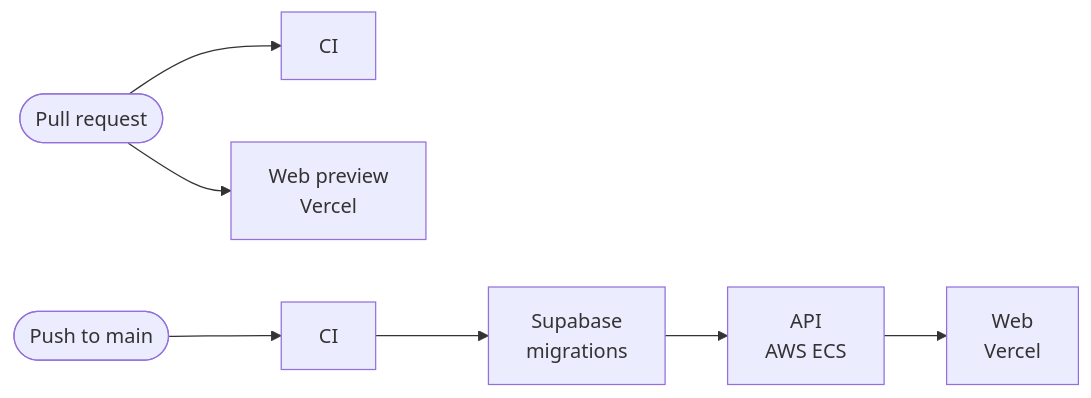
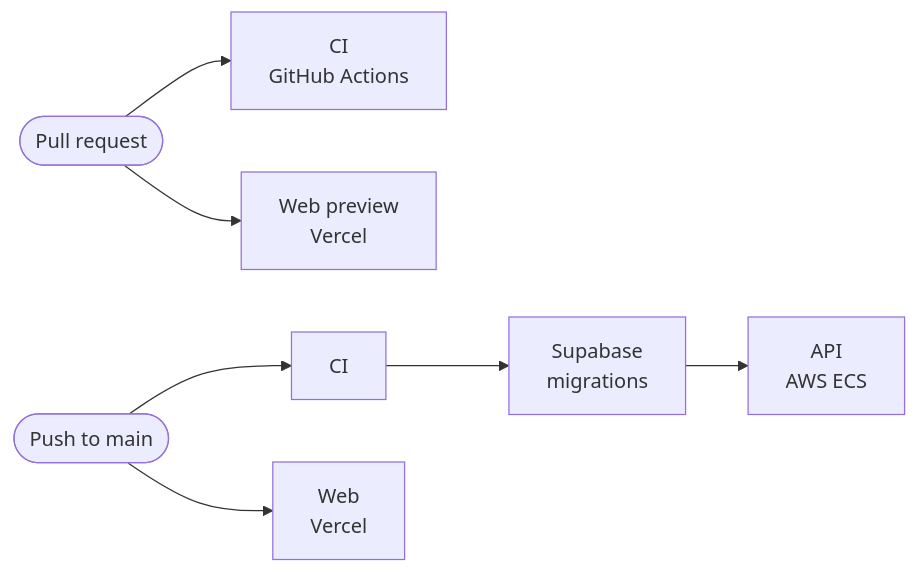
The second of 2 diagrams in README.md (Thinking-Sound-Lab/aghost), drawn with Mermaid before and after one commit. The commit also changed other lines of this file and 4 other files, not shown here.

First line of the commit message:
Let Vercel deploy the web app, and scope the Supabase credential

````diff
--- a/README.md
+++ b/README.md
@@ -166,6 +166,7 @@
 ```mermaid
 flowchart LR
-  pr(["Pull request"]) --> checks["CI"]
+  pr(["Pull request"]) --> checks["CI<br/>GitHub Actions"]
   pr --> preview["Web preview<br/>Vercel"]
-  main(["Push to main"]) --> gate["CI"] --> migrate["Supabase<br/>migrations"] --> api["API<br/>AWS ECS"] --> web["Web<br/>Vercel"]
+  main(["Push to main"]) --> gate["CI"] --> migrate["Supabase<br/>migrations"] --> api["API<br/>AWS ECS"]
+  main --> web["Web<br/>Vercel"]
 ```
````
